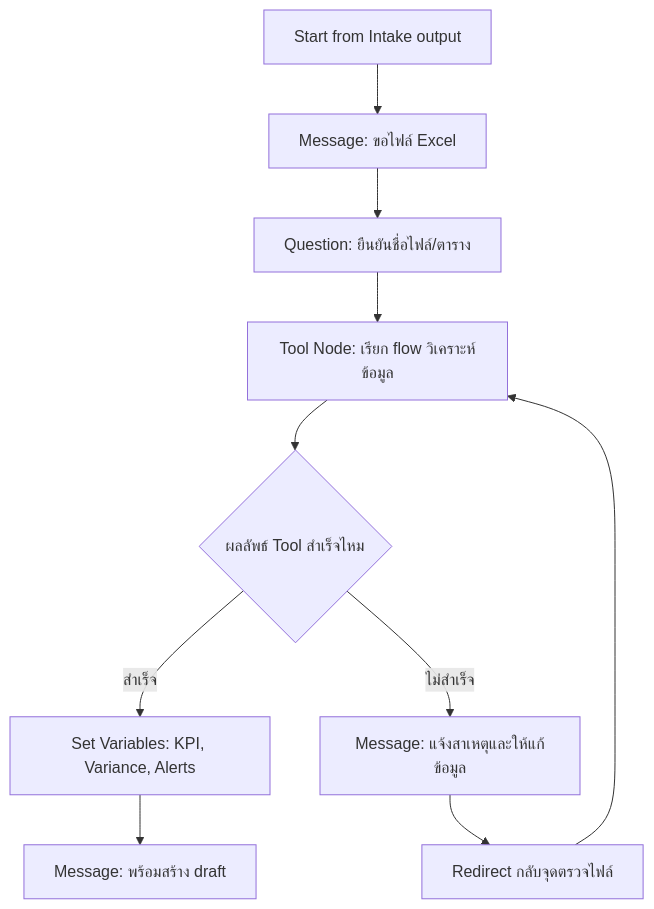
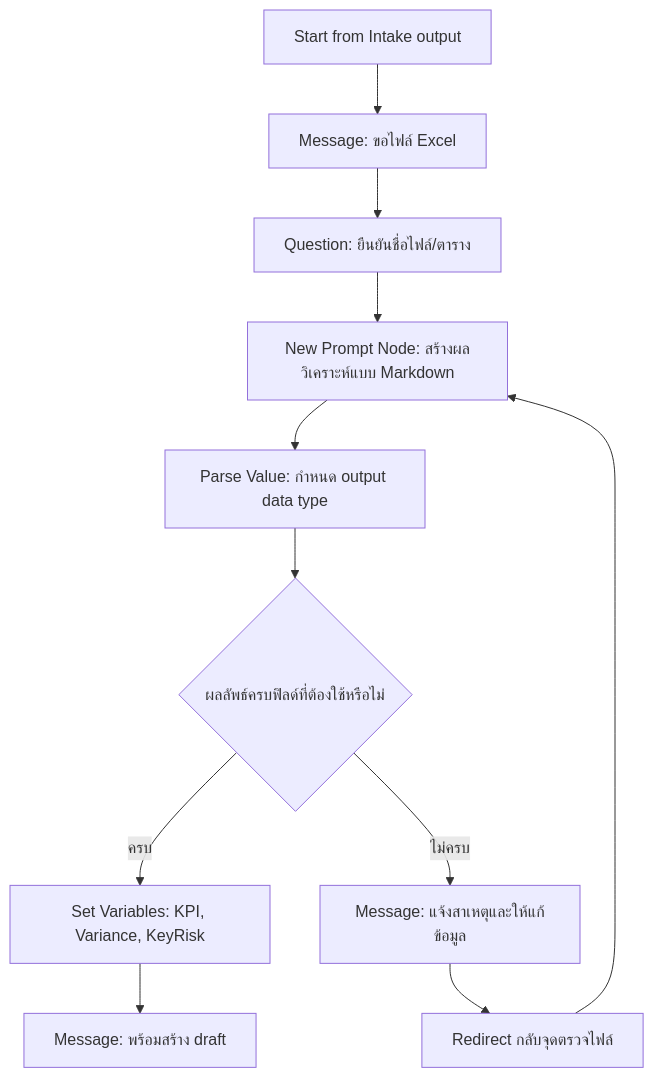
Before and after one commit to teerasej/ptt-gc-ai-creatiion-public: the diagram in exercises/module-2/exercise-3-excel-analysis-action/README.md, drawn with Mermaid. The commit also changed other lines of this file and 24 other files, not shown here.

````diff
--- a/exercises/module-2/exercise-3-excel-analysis-action/README.md
+++ b/exercises/module-2/exercise-3-excel-analysis-action/README.md
@@ -19,12 +19,13 @@
 ```mermaid
 flowchart TD
     A[Start from Intake output] --> B[Message: ขอไฟล์ Excel]
     B --> C[Question: ยืนยันชื่อไฟล์/ตาราง]
-    C --> D[Tool Node: เรียก flow วิเคราะห์ข้อมูล]
-    D --> E{ผลลัพธ์ Tool สำเร็จไหม}
-    E -->|สำเร็จ| F[Set Variables: KPI, Variance, Alerts]
-    E -->|ไม่สำเร็จ| G[Message: แจ้งสาเหตุและให้แก้ข้อมูล]
-    G --> H[Redirect กลับจุดตรวจไฟล์]
-    H --> D
-    F --> I[Message: พร้อมสร้าง draft]
+   C --> D[New Prompt Node: สร้างผลวิเคราะห์แบบ Markdown]
+   D --> E[Parse Value: กำหนด output data type]
+   E --> F{ผลลัพธ์ครบฟิลด์ที่ต้องใช้หรือไม่}
+   F -->|ครบ| G[Set Variables: KPI, Variance, KeyRisk]
+   F -->|ไม่ครบ| H[Message: แจ้งสาเหตุและให้แก้ข้อมูล]
+   H --> I[Redirect กลับจุดตรวจไฟล์]
+   I --> D
+   G --> J[Message: พร้อมสร้าง draft]
 ```
````
